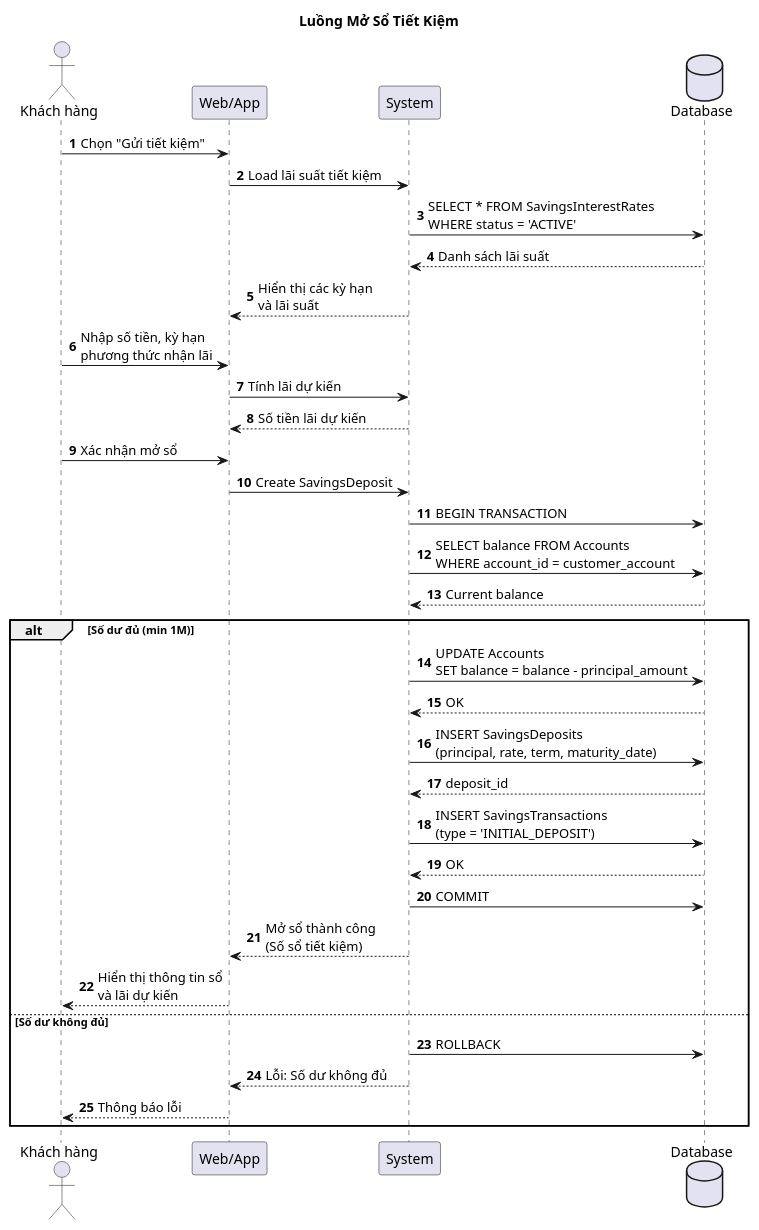
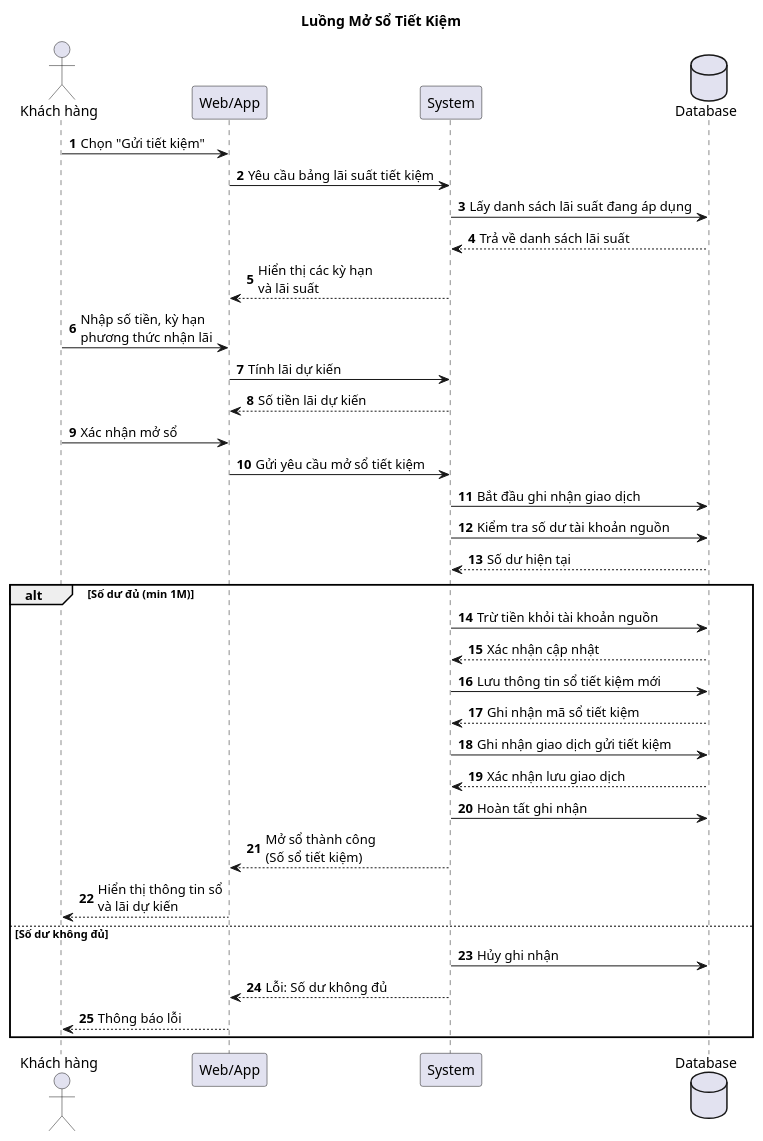
Before and after one commit to Bang334/nganhang: the diagram in diagrams/sequence/05-mo-tiet-kiem.puml, drawn with PlantUML. The commit also changed 168 other files, not shown here.

```diff
--- a/diagrams/sequence/05-mo-tiet-kiem.puml
+++ b/diagrams/sequence/05-mo-tiet-kiem.puml
@@ -1,50 +1,50 @@
 @startuml Mở Sổ Tiết Kiệm
 autonumber
 title Luồng Mở Sổ Tiết Kiệm
 
 actor "Khách hàng" as Customer
 participant "Web/App" as App
 participant "System" as System
 database "Database" as DB
 
 Customer -> App: Chọn "Gửi tiết kiệm"
-App -> System: Load lãi suất tiết kiệm
+App -> System: Yêu cầu bảng lãi suất tiết kiệm
 
-System -> DB: SELECT * FROM SavingsInterestRates\nWHERE status = 'ACTIVE'
-DB --> System: Danh sách lãi suất
+System -> DB: Lấy danh sách lãi suất đang áp dụng
+DB --> System: Trả về danh sách lãi suất
 
 System --> App: Hiển thị các kỳ hạn\nvà lãi suất
 
 Customer -> App: Nhập số tiền, kỳ hạn\nphương thức nhận lãi
 App -> System: Tính lãi dự kiến
 System --> App: Số tiền lãi dự kiến
 
 Customer -> App: Xác nhận mở sổ
-App -> System: Create SavingsDeposit
+App -> System: Gửi yêu cầu mở sổ tiết kiệm
 
-System -> DB: BEGIN TRANSACTION
+System -> DB: Bắt đầu ghi nhận giao dịch
 
-System -> DB: SELECT balance FROM Accounts\nWHERE account_id = customer_account
-DB --> System: Current balance
+System -> DB: Kiểm tra số dư tài khoản nguồn
+DB --> System: Số dư hiện tại
 
 alt Số dư đủ (min 1M)
-    System -> DB: UPDATE Accounts\nSET balance = balance - principal_amount
-    DB --> System: OK
+    System -> DB: Trừ tiền khỏi tài khoản nguồn
+    DB --> System: Xác nhận cập nhật
     
-    System -> DB: INSERT SavingsDeposits\n(principal, rate, term, maturity_date)
-    DB --> System: deposit_id
+    System -> DB: Lưu thông tin sổ tiết kiệm mới
+    DB --> System: Ghi nhận mã sổ tiết kiệm
     
-    System -> DB: INSERT SavingsTransactions\n(type = 'INITIAL_DEPOSIT')
-    DB --> System: OK
+    System -> DB: Ghi nhận giao dịch gửi tiết kiệm
+    DB --> System: Xác nhận lưu giao dịch
     
-    System -> DB: COMMIT
+    System -> DB: Hoàn tất ghi nhận
     
     System --> App: Mở sổ thành công\n(Số sổ tiết kiệm)
     App --> Customer: Hiển thị thông tin sổ\nvà lãi dự kiến
 else Số dư không đủ
-    System -> DB: ROLLBACK
+    System -> DB: Hủy ghi nhận
     System --> App: Lỗi: Số dư không đủ
     App --> Customer: Thông báo lỗi
 end
 
 @enduml
```
